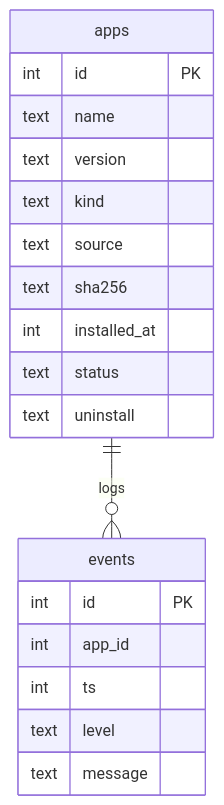
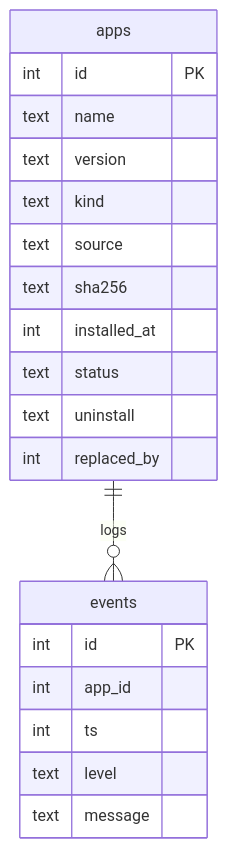
The second of 2 diagrams in README.md (aiyu-ayaan/Unpack), drawn with Mermaid before and after one commit. The commit also changed other lines of this file, not shown here.

````diff
--- a/README.md
+++ b/README.md
@@ -89,22 +89,23 @@
 ```mermaid
 erDiagram
     apps ||--o{ events : logs
     apps {
         int id PK
         text name
         text version
         text kind
         text source
         text sha256
         int installed_at
         text status
         text uninstall
+        int replaced_by
     }
     events {
         int id PK
         int app_id
         int ts
         text level
         text message
     }
 ```
````
